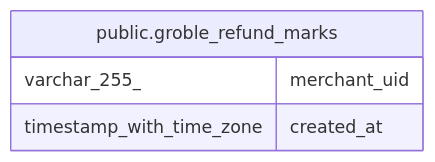
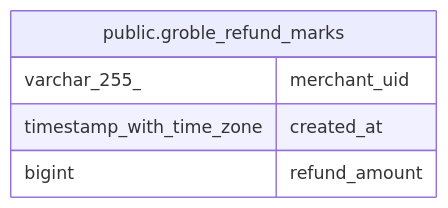
Before and after one commit to KIM-N-KANG/manyak-server: the diagram in dbdoc/public.groble_refund_marks.md, drawn with Mermaid. The commit also changed other lines of this file and 7 other files, not shown here.

````diff
--- a/dbdoc/public.groble_refund_marks.md
+++ b/dbdoc/public.groble_refund_marks.md
@@ -24,9 +25,10 @@
 ```mermaid
 erDiagram
 
 
 "public.groble_refund_marks" {
   varchar_255_ merchant_uid
   timestamp_with_time_zone created_at
+  bigint refund_amount
 }
 ```
````
